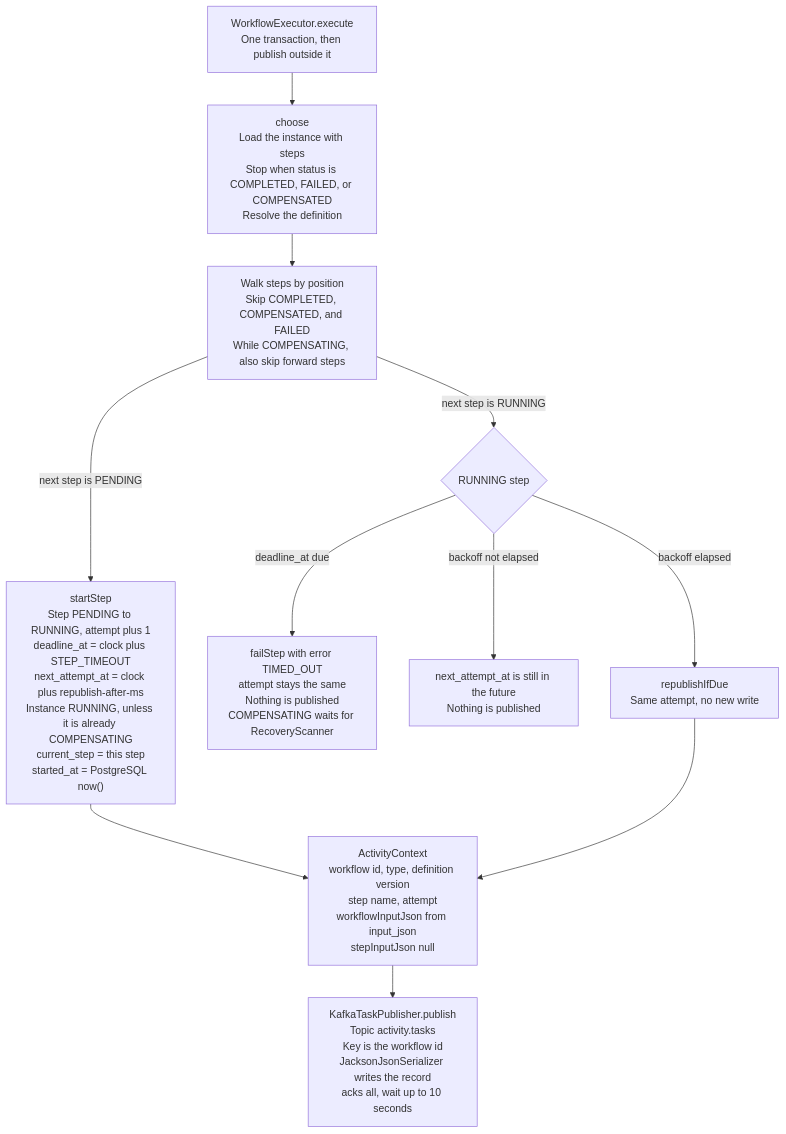
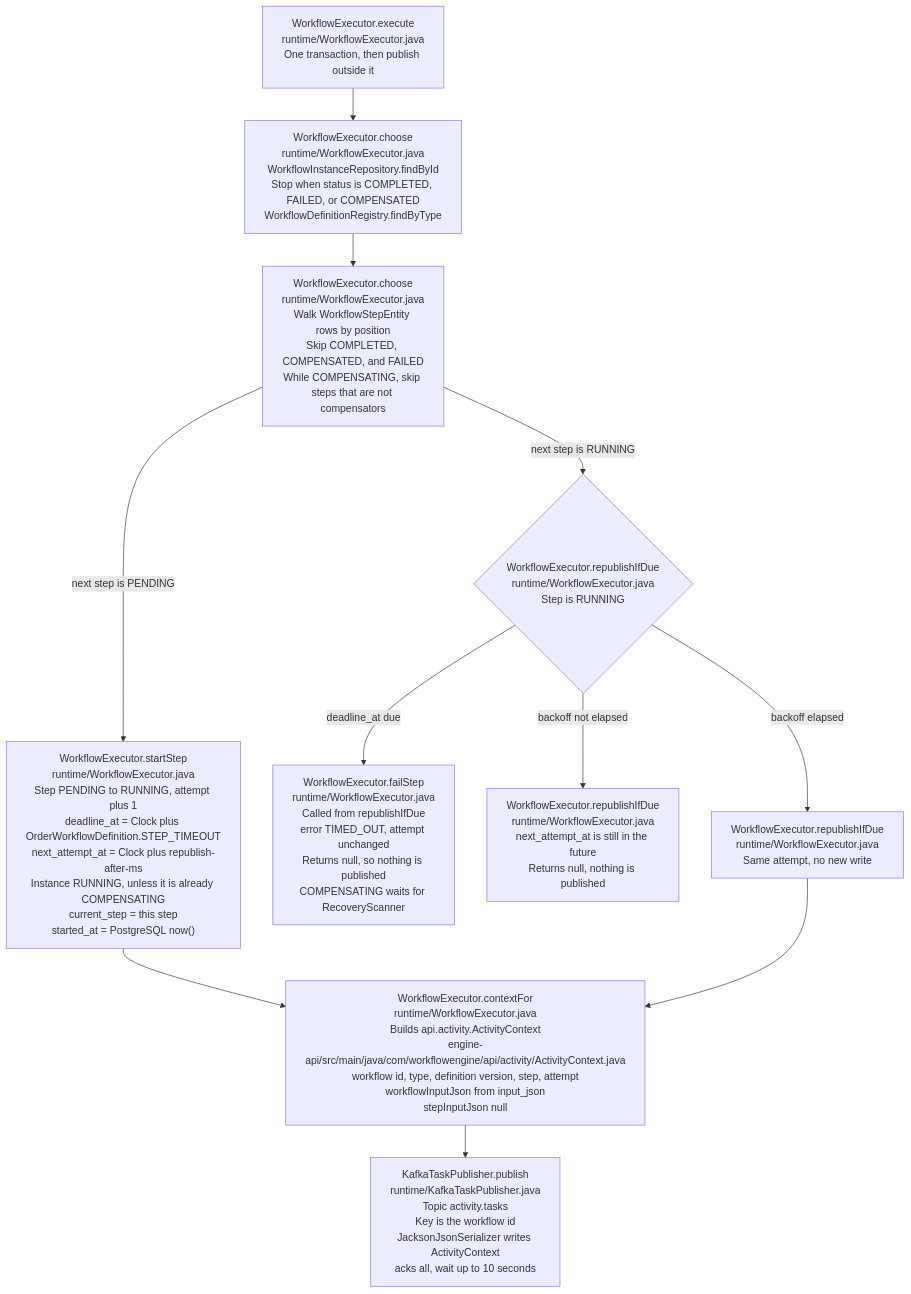
One commit to ganeshpc/distributed-workflow-engine changed the second of 5 diagrams in engine/code-flow.md. Above: the diagram before and after it, drawn with Mermaid. The commit also changed other lines of this file, not shown here.

First line of the commit message:
Name each flow block with its class, method, and source file.

````diff
--- a/engine/code-flow.md
+++ b/engine/code-flow.md
@@ -45,20 +45,20 @@
 ```mermaid
 flowchart TD
-  run["WorkflowExecutor.execute<br/>One transaction, then publish outside it"]
-  choose["choose<br/>Load the instance with steps<br/>Stop when status is COMPLETED, FAILED, or COMPENSATED<br/>Resolve the definition"]
-  walk["Walk steps by position<br/>Skip COMPLETED, COMPENSATED, and FAILED<br/>While COMPENSATING, also skip forward steps"]
-  start["startStep<br/>Step PENDING to RUNNING, attempt plus 1<br/>deadline_at = clock plus STEP_TIMEOUT<br/>next_attempt_at = clock plus republish-after-ms<br/>Instance RUNNING, unless it is already COMPENSATING<br/>current_step = this step<br/>started_at = PostgreSQL now()"]
-  due{"RUNNING step"}
-  timeout["failStep with error TIMED_OUT<br/>attempt stays the same<br/>Nothing is published<br/>COMPENSATING waits for RecoveryScanner"]
-  wait["next_attempt_at is still in the future<br/>Nothing is published"]
-  again["republishIfDue<br/>Same attempt, no new write"]
-  task["ActivityContext<br/>workflow id, type, definition version<br/>step name, attempt<br/>workflowInputJson from input_json<br/>stepInputJson null"]
-  kafka["KafkaTaskPublisher.publish<br/>Topic activity.tasks<br/>Key is the workflow id<br/>JacksonJsonSerializer writes the record<br/>acks all, wait up to 10 seconds"]
+  run["WorkflowExecutor.execute<br/>runtime/WorkflowExecutor.java<br/>One transaction, then publish outside it"]
+  choose["WorkflowExecutor.choose<br/>runtime/WorkflowExecutor.java<br/>WorkflowInstanceRepository.findById<br/>Stop when status is COMPLETED, FAILED, or COMPENSATED<br/>WorkflowDefinitionRegistry.findByType"]
+  walk["WorkflowExecutor.choose<br/>runtime/WorkflowExecutor.java<br/>Walk WorkflowStepEntity rows by position<br/>Skip COMPLETED, COMPENSATED, and FAILED<br/>While COMPENSATING, skip steps that are not compensators"]
+  start["WorkflowExecutor.startStep<br/>runtime/WorkflowExecutor.java<br/>Step PENDING to RUNNING, attempt plus 1<br/>deadline_at = Clock plus OrderWorkflowDefinition.STEP_TIMEOUT<br/>next_attempt_at = Clock plus republish-after-ms<br/>Instance RUNNING, unless it is already COMPENSATING<br/>current_step = this step<br/>started_at = PostgreSQL now()"]
+  due{"WorkflowExecutor.republishIfDue<br/>runtime/WorkflowExecutor.java<br/>Step is RUNNING"}
+  timeout["WorkflowExecutor.failStep<br/>runtime/WorkflowExecutor.java<br/>Called from republishIfDue<br/>error TIMED_OUT, attempt unchanged<br/>Returns null, so nothing is published<br/>COMPENSATING waits for RecoveryScanner"]
+  wait["WorkflowExecutor.republishIfDue<br/>runtime/WorkflowExecutor.java<br/>next_attempt_at is still in the future<br/>Returns null, nothing is published"]
+  again["WorkflowExecutor.republishIfDue<br/>runtime/WorkflowExecutor.java<br/>Same attempt, no new write"]
+  task["WorkflowExecutor.contextFor<br/>runtime/WorkflowExecutor.java<br/>Builds api.activity.ActivityContext<br/>engine-api/src/main/java/com/workflowengine/api/activity/ActivityContext.java<br/>workflow id, type, definition version, step, attempt<br/>workflowInputJson from input_json<br/>stepInputJson null"]
+  kafka["KafkaTaskPublisher.publish<br/>runtime/KafkaTaskPublisher.java<br/>Topic activity.tasks<br/>Key is the workflow id<br/>JacksonJsonSerializer writes ActivityContext<br/>acks all, wait up to 10 seconds"]
 
   run --> choose --> walk
   walk -->|"next step is PENDING"| start --> task --> kafka
   walk -->|"next step is RUNNING"| due
   due -->|"deadline_at due"| timeout
   due -->|"backoff not elapsed"| wait
   due -->|"backoff elapsed"| again --> task
 ```
````
